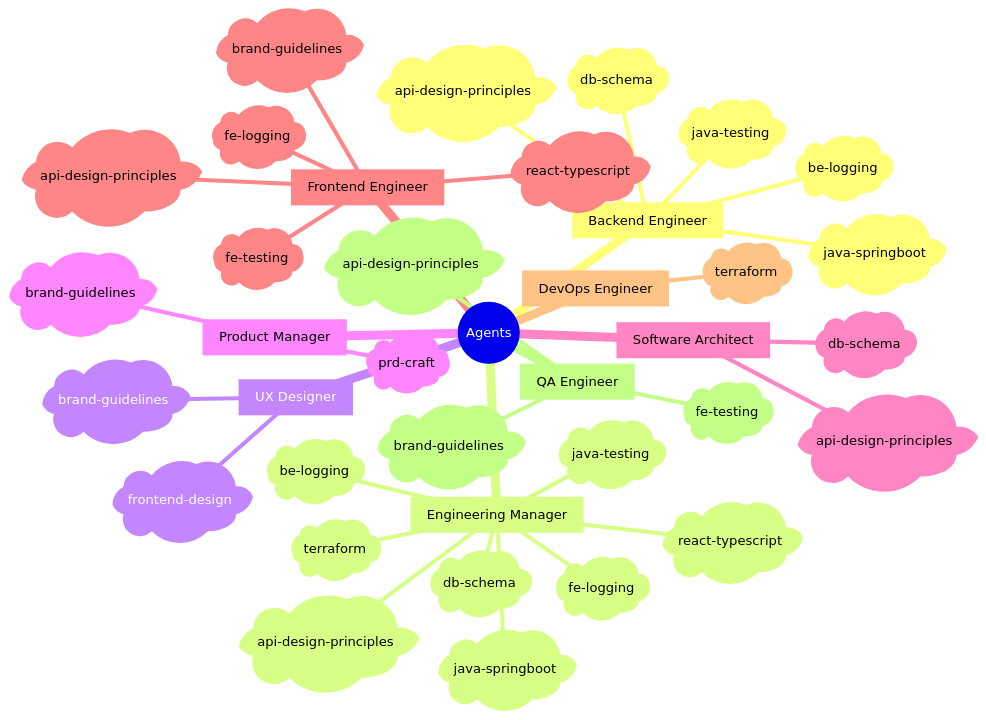
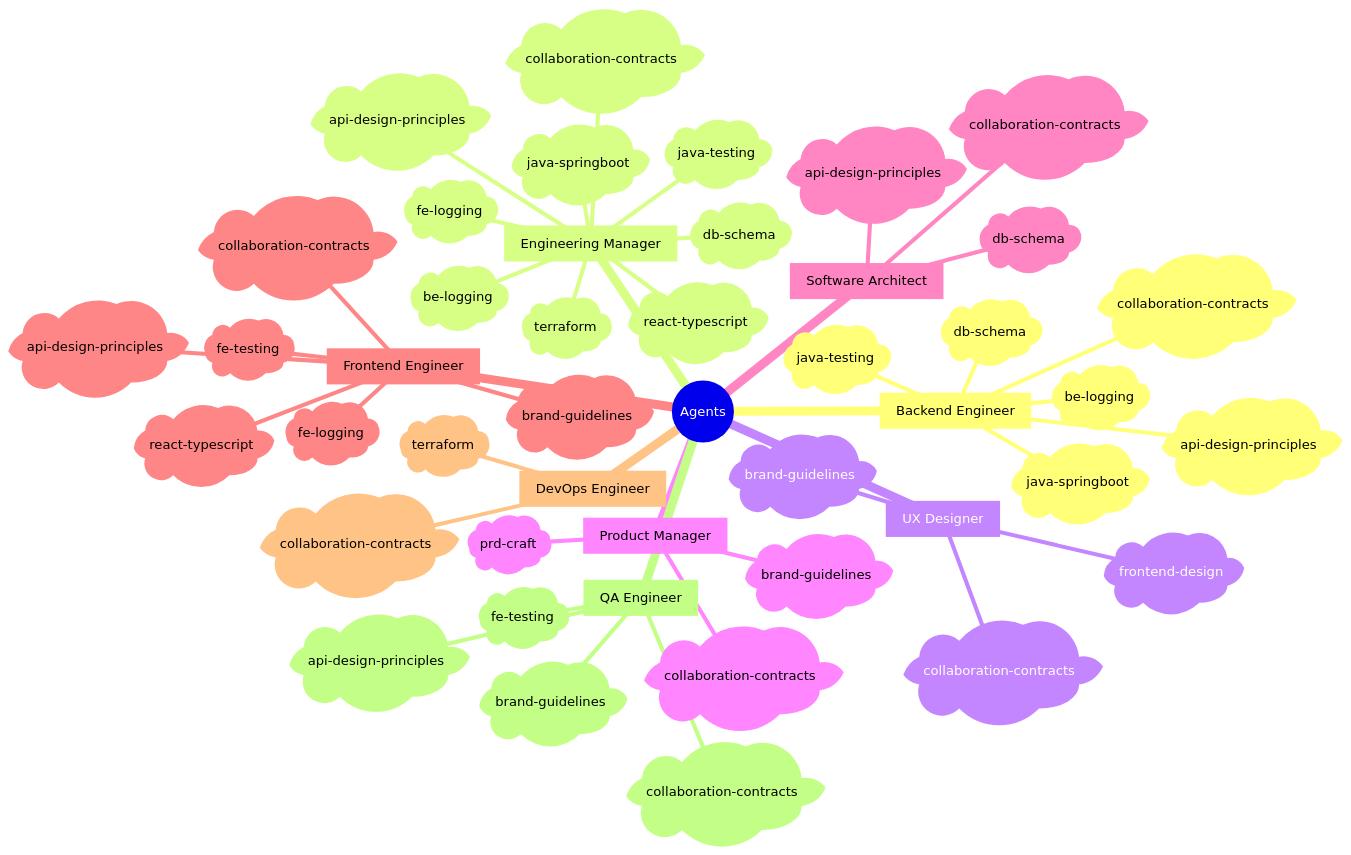
The first of 3 diagrams in README.md (sans-github/agents), drawn with Mermaid before and after one commit. The commit also changed other lines of this file, not shown here.

Commit message:
fix duplicate SETUP-GUIDE link; add collaboration-contracts to skills mindmap

````diff
--- a/README.md
+++ b/README.md
@@ -64,40 +62,48 @@
 ```mermaid
 mindmap
   root((Agents))
     [Backend Engineer]
       )db-schema(
       )java-springboot(
       )api-design-principles(
       )java-testing(
       )be-logging(
+      )collaboration-contracts(
     [Engineering Manager]
       )db-schema(
       )java-springboot(
       )api-design-principles(
       )react-typescript(
       )terraform(
       )java-testing(
       )be-logging(
       )fe-logging(
+      )collaboration-contracts(
     [UX Designer]
       )frontend-design(
       )brand-guidelines(
+      )collaboration-contracts(
     [Product Manager]
       )prd-craft(
       )brand-guidelines(
+      )collaboration-contracts(
     [Software Architect]
       )api-design-principles(
       )db-schema(
+      )collaboration-contracts(
     [Frontend Engineer]
       )api-design-principles(
       )react-typescript(
       )fe-testing(
       )brand-guidelines(
       )fe-logging(
+      )collaboration-contracts(
     [DevOps Engineer]
       )terraform(
+      )collaboration-contracts(
     [QA Engineer]
       )api-design-principles(
       )fe-testing(
       )brand-guidelines(
+      )collaboration-contracts(
 ```
````
